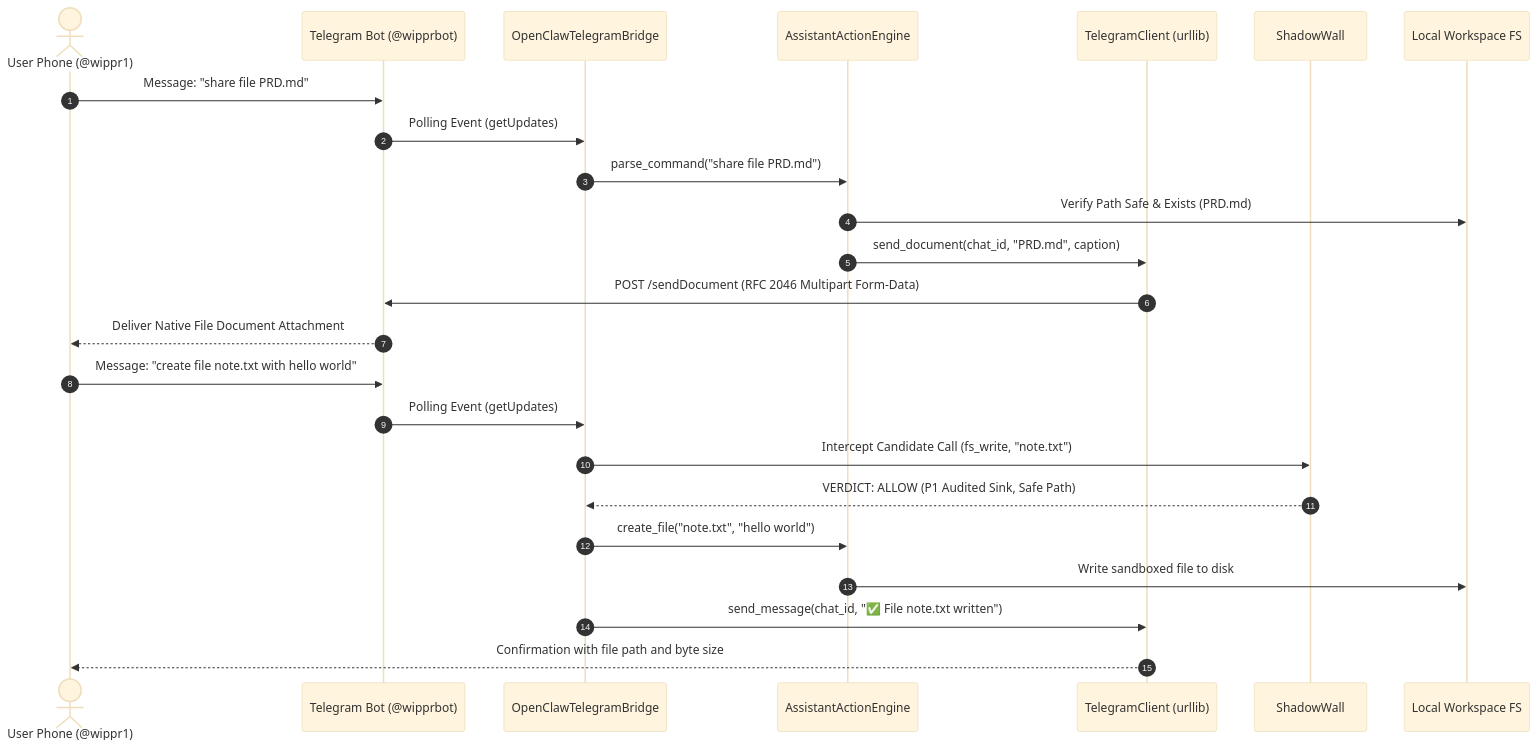
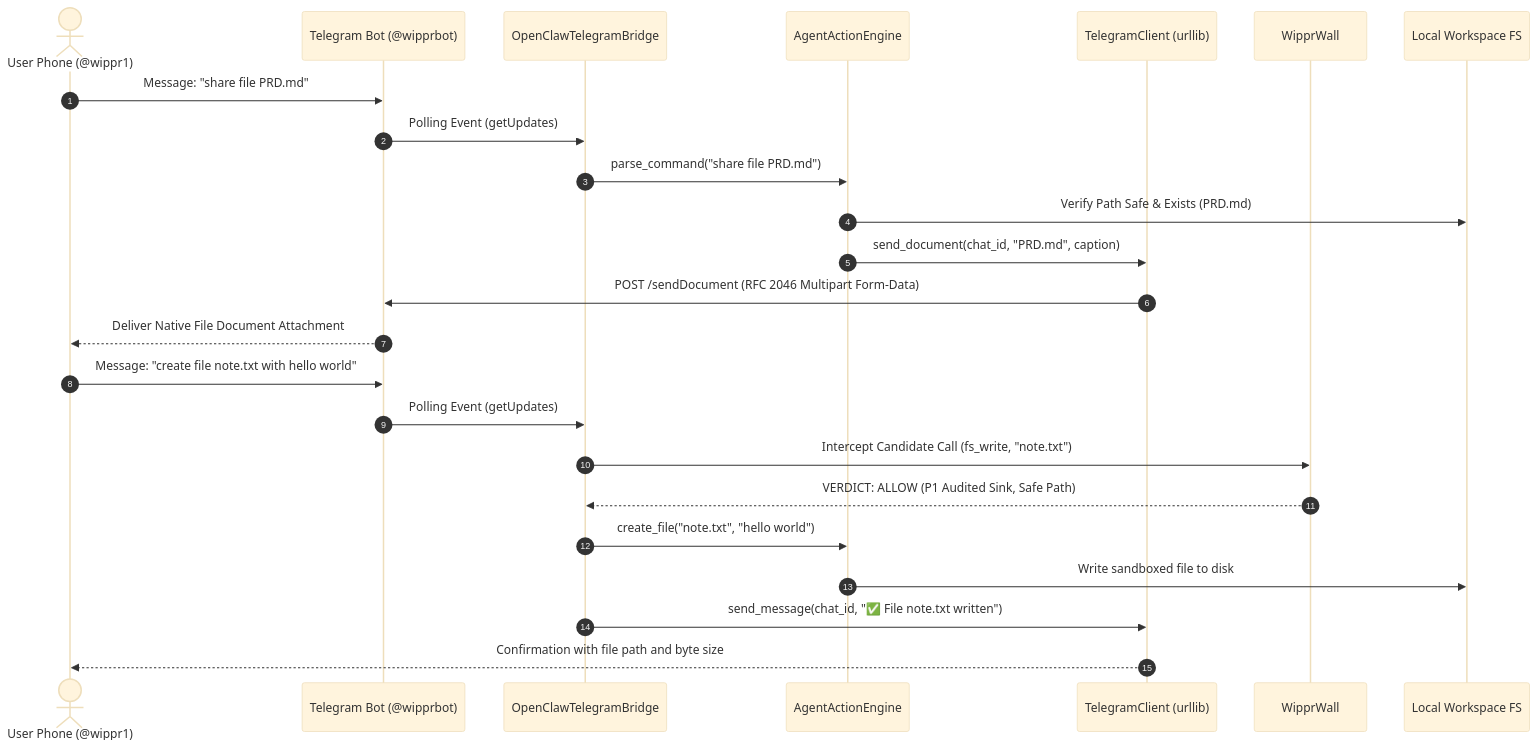
One commit to Hacker2022-web/hacktober_fest_NST changed the fourth of 4 diagrams in TRD.md. Above: the diagram before and after it, drawn with Mermaid (base theme). The commit also changed other lines of this file and 82 other files, not shown here.

````diff
--- a/TRD.md
+++ b/TRD.md
@@ -228,28 +228,28 @@
 ```mermaid
 sequenceDiagram
     autonumber
     actor Phone as User Phone (@wippr1)
     participant TG as Telegram Bot (@wipprbot)
     participant Bridge as OpenClawTelegramBridge
-    participant Engine as AssistantActionEngine
+    participant Engine as AgentActionEngine
     participant Client as TelegramClient (urllib)
-    participant Wall as ShadowWall
+    participant Wall as WipprWall
     participant FS as Local Workspace FS
 
     Phone->>TG: Message: "share file PRD.md"
     TG->>Bridge: Polling Event (getUpdates)
     Bridge->>Engine: parse_command("share file PRD.md")
     Engine->>FS: Verify Path Safe & Exists (PRD.md)
     Engine->>Client: send_document(chat_id, "PRD.md", caption)
     Client->>TG: POST /sendDocument (RFC 2046 Multipart Form-Data)
     TG-->>Phone: Deliver Native File Document Attachment
 
     Phone->>TG: Message: "create file note.txt with hello world"
     TG->>Bridge: Polling Event (getUpdates)
     Bridge->>Wall: Intercept Candidate Call (fs_write, "note.txt")
     Wall-->>Bridge: VERDICT: ALLOW (P1 Audited Sink, Safe Path)
     Bridge->>Engine: create_file("note.txt", "hello world")
     Engine->>FS: Write sandboxed file to disk
     Bridge->>Client: send_message(chat_id, "✅ File note.txt written")
     Client-->>Phone: Confirmation with file path and byte size
 ```
````
